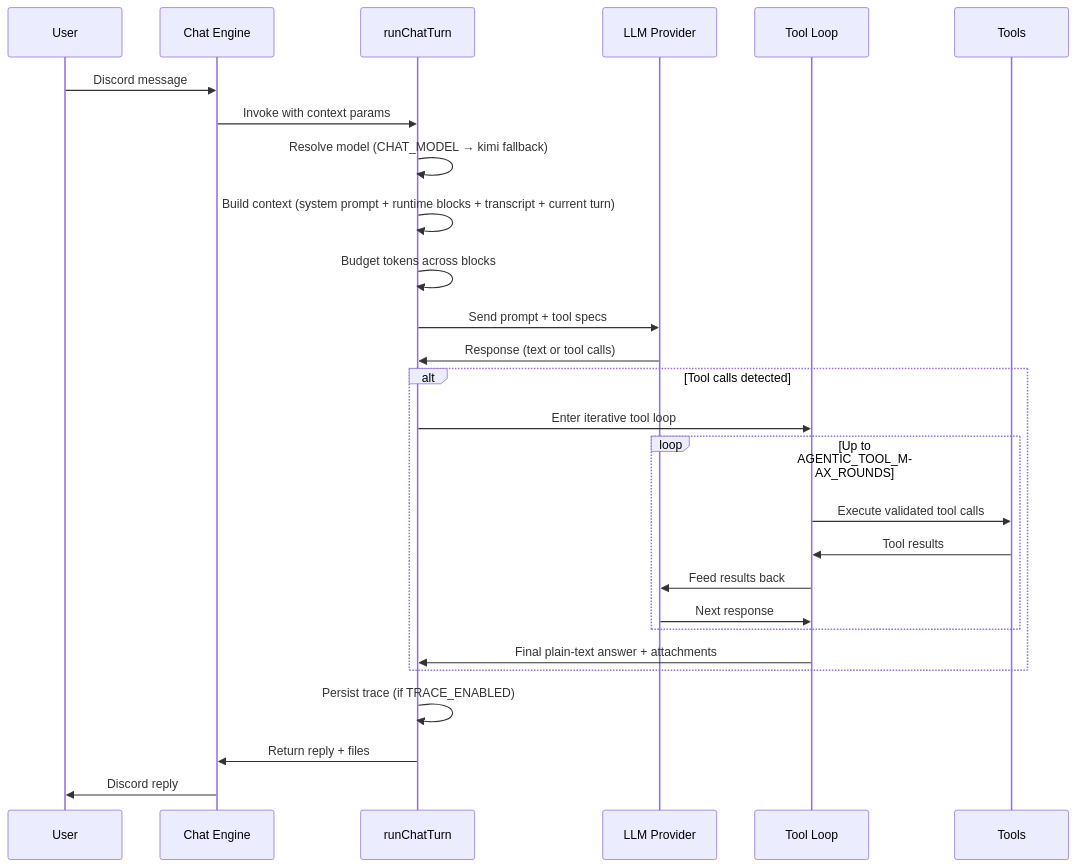
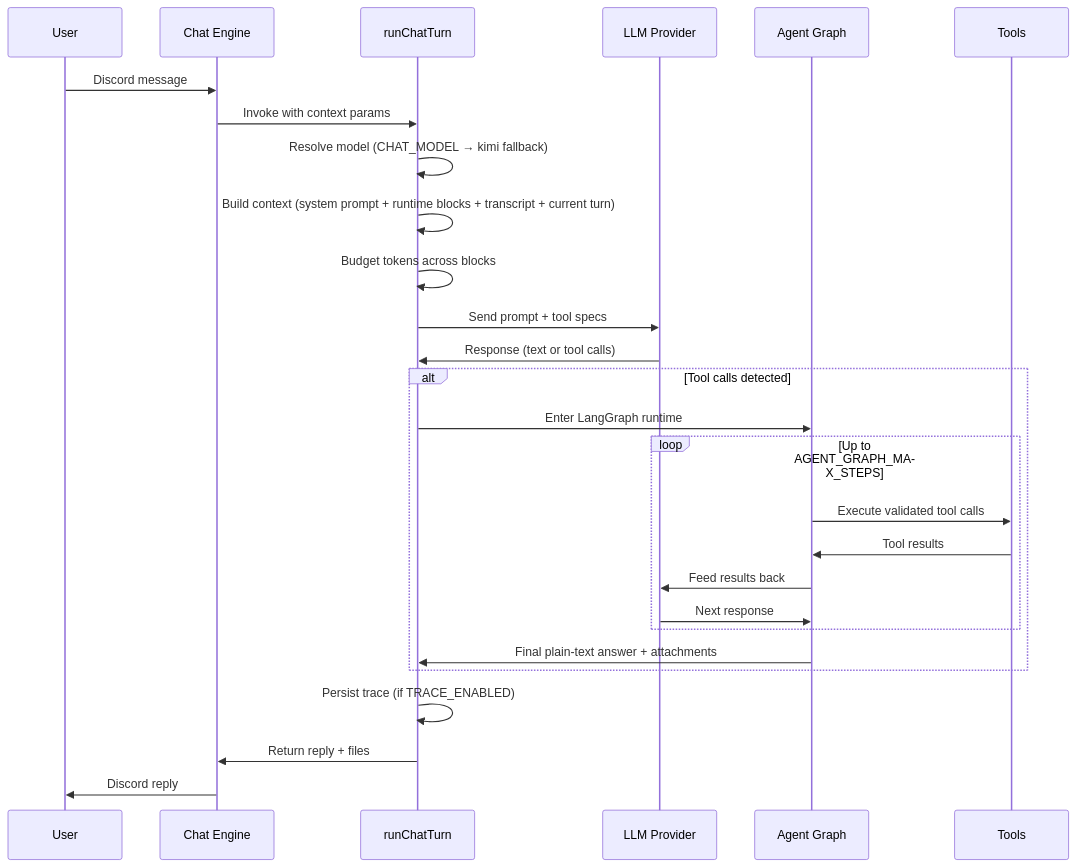
Before and after one commit to BokX1/Sage: the second of 2 diagrams in docs/architecture/OVERVIEW.md, drawn with Mermaid. The commit also changed other lines of this file and 61 other files, not shown here.

Commit message:
feat: hard-cut Sage runtime to LangGraph

````diff
--- a/docs/architecture/OVERVIEW.md
+++ b/docs/architecture/OVERVIEW.md
@@ -107,32 +107,32 @@
 ```mermaid
 sequenceDiagram
     participant U as User
     participant CE as Chat Engine
     participant RT as runChatTurn
     participant LLM as LLM Provider
-    participant TL as Tool Loop
+    participant AG as Agent Graph
     participant T as Tools
 
     U->>CE: Discord message
     CE->>RT: Invoke with context params
     RT->>RT: Resolve model (CHAT_MODEL → kimi fallback)
     RT->>RT: Build context (system prompt + runtime blocks + transcript + current turn)
     RT->>RT: Budget tokens across blocks
     RT->>LLM: Send prompt + tool specs
     LLM->>RT: Response (text or tool calls)
 
     alt Tool calls detected
-        RT->>TL: Enter iterative tool loop
-        loop Up to AGENTIC_TOOL_MAX_ROUNDS
-            TL->>T: Execute validated tool calls
-            T->>TL: Tool results
-            TL->>LLM: Feed results back
-            LLM->>TL: Next response
+        RT->>AG: Enter LangGraph runtime
+        loop Up to AGENT_GRAPH_MAX_STEPS
+            AG->>T: Execute validated tool calls
+            T->>AG: Tool results
+            AG->>LLM: Feed results back
+            LLM->>AG: Next response
         end
-        TL->>RT: Final plain-text answer + attachments
+        AG->>RT: Final plain-text answer + attachments
     end
 
     RT->>RT: Persist trace (if TRACE_ENABLED)
     RT->>CE: Return reply + files
     CE->>U: Discord reply
 ```
````
